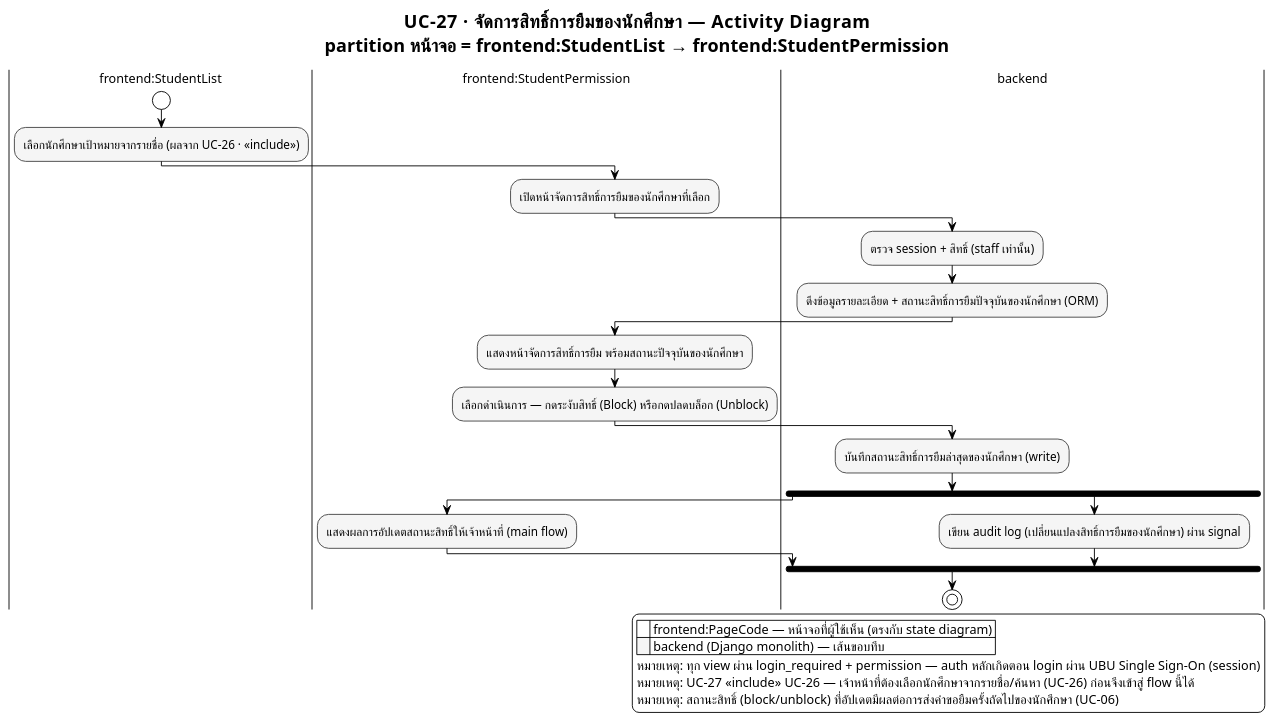
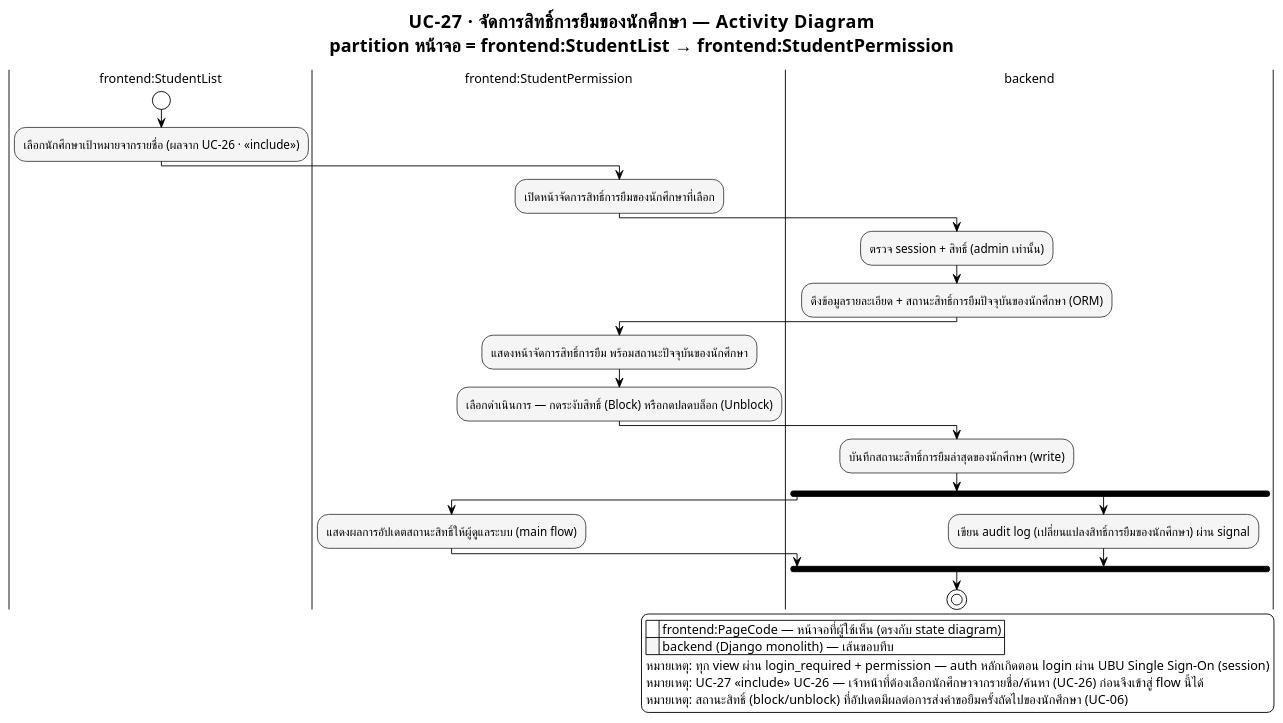
Before and after one commit to patlnwza-007/project-2569: the diagram in docs/proposal/usecase/activity_module8_uc27.puml, drawn with PlantUML. The commit also changed 113 other files, not shown here.

Commit message:
Update use case, ERD and mockup; remove old page mappings before Django rebuild

```diff
--- a/docs/proposal/usecase/activity_module8_uc27.puml
+++ b/docs/proposal/usecase/activity_module8_uc27.puml
@@ -1,82 +1,82 @@
 @startuml activity_module8_uc27
 ' ══════════════════════════════════════════════════════════════════
 ' รองรับภาษาไทย — อ่านก่อน render:
 ' 1. บันทึกไฟล์นี้เป็น UTF-8 (ไม่ต้องมี BOM) เสมอ
 ' 2. ถ้า render ผ่าน CLI (plantuml.jar) ต้องระบุ flag encoding ด้วย:
 '      java -Dfile.encoding=UTF-8 -jar plantuml.jar -charset UTF-8 activity_staff_student_manage_student_borrow_permission.puml
 ' 3. บังคับใช้ Smetana (pure-Java layout engine) แทน Graphviz/dot
 '    เพราะ Graphviz บางระบบ (โดยเฉพาะ Windows) อ่าน UTF-8 ไม่ตรง ทำให้ตัวอักษรไทยเพี้ยน/หาย
 !pragma layout smetana
 ' 4. ฟอนต์ที่มีสระ/วรรณยุกต์ไทยครบและ render ผ่าน Java ได้เสถียร
 '    - Windows: "TH Sarabun New" (ฟอนต์มาตรฐานราชการ) หรือ "Tahoma" (มากับเครื่องอยู่แล้ว)
 '    - Linux / PlantUML online server: เปลี่ยนเป็น "Noto Sans Thai" หรือ "Loma"
 skinparam defaultFontName "TH Sarabun New"
 skinparam defaultFontSize 14
 ' ══════════════════════════════════════════════════════════════════
 
 !theme plain
 skinparam titleFontName "TH Sarabun New"
 skinparam titleFontSize 20
 skinparam noteFontName "TH Sarabun New"
 skinparam ArrowFontName "TH Sarabun New"
 skinparam ArrowFontSize 12
 skinparam swimlaneTitleFontName "TH Sarabun New"
 skinparam swimlaneTitleFontSize 14
 
 ' ===== Monochrome เท่านั้น — ห้ามให้แต่ละ partition มีสีต่างกัน =====
 skinparam activity {
   BackgroundColor #F5F5F5
   BorderColor #424242
   FontName "TH Sarabun New"
   FontSize 13
   DiamondBackgroundColor #FAFAFA
   DiamondBorderColor #616161
 }
 skinparam partition {
   BackgroundColor #FAFAFA
   BorderColor #424242
 }
 
 title UC-27 · จัดการสิทธิ์การยืมของนักศึกษา — Activity Diagram\npartition หน้าจอ = frontend:StudentList → frontend:StudentPermission
 
-' หมายเหตุ: สมมติว่าเจ้าหน้าที่ login แล้ว (session) — ไม่ต้องวาด OAuth/SSO ซ้ำใน flow นี้
+' หมายเหตุ: สมมติว่าผู้ดูแลระบบ (Admin) login แล้ว (session) — ไม่ต้องวาด OAuth/SSO ซ้ำใน flow นี้
 ' หมายเหตุ: UC นี้ <<include>> UC-26 (ดูและค้นหารายชื่อนักศึกษา) — ขั้นตอนแรก "เลือกนักศึกษาจากรายชื่อ" คือผลของ UC-26
 ' จึงแสดงเป็นกิจกรรมปกติขั้นตอนแรกในไดอะแกรมนี้ ไม่ต้องวาดไดอะแกรมของ UC-26 ซ้ำ
 
 |frontend:StudentList|
 start
 :เลือกนักศึกษาเป้าหมายจากรายชื่อ (ผลจาก UC-26 · <<include>>);
 
 |frontend:StudentPermission|
 :เปิดหน้าจัดการสิทธิ์การยืมของนักศึกษาที่เลือก;
 
 |backend|
-:ตรวจ session + สิทธิ์ (staff เท่านั้น);
+:ตรวจ session + สิทธิ์ (admin เท่านั้น);
 :ดึงข้อมูลรายละเอียด + สถานะสิทธิ์การยืมปัจจุบันของนักศึกษา (ORM);
 
 |frontend:StudentPermission|
 :แสดงหน้าจัดการสิทธิ์การยืม พร้อมสถานะปัจจุบันของนักศึกษา;
 :เลือกดำเนินการ — กดระงับสิทธิ์ (Block) หรือกดปลดบล็อก (Unblock);
 
 |backend|
 :บันทึกสถานะสิทธิ์การยืมล่าสุดของนักศึกษา (write);
 
 fork
   |frontend:StudentPermission|
-  :แสดงผลการอัปเดตสถานะสิทธิ์ให้เจ้าหน้าที่ (main flow);
+  :แสดงผลการอัปเดตสถานะสิทธิ์ให้ผู้ดูแลระบบ (main flow);
 fork again
   |backend|
   :เขียน audit log (เปลี่ยนแปลงสิทธิ์การยืมของนักศึกษา) ผ่าน signal;
 end fork
 
 stop
 
 legend right
   |<back:white>    </back>| frontend:PageCode — หน้าจอที่ผู้ใช้เห็น (ตรงกับ state diagram) |
   |<back:#F5F5F5>    </back>| backend (Django monolith) — เส้นขอบทึบ |
   หมายเหตุ: ทุก view ผ่าน login_required + permission — auth หลักเกิดตอน login ผ่าน UBU Single Sign-On (session)
   หมายเหตุ: UC-27 <<include>> UC-26 — เจ้าหน้าที่ต้องเลือกนักศึกษาจากรายชื่อ/ค้นหา (UC-26) ก่อนจึงเข้าสู่ flow นี้ได้
   หมายเหตุ: สถานะสิทธิ์ (block/unblock) ที่อัปเดตมีผลต่อการส่งคำขอยืมครั้งถัดไปของนักศึกษา (UC-06)
 endlegend
 
 @enduml
```
